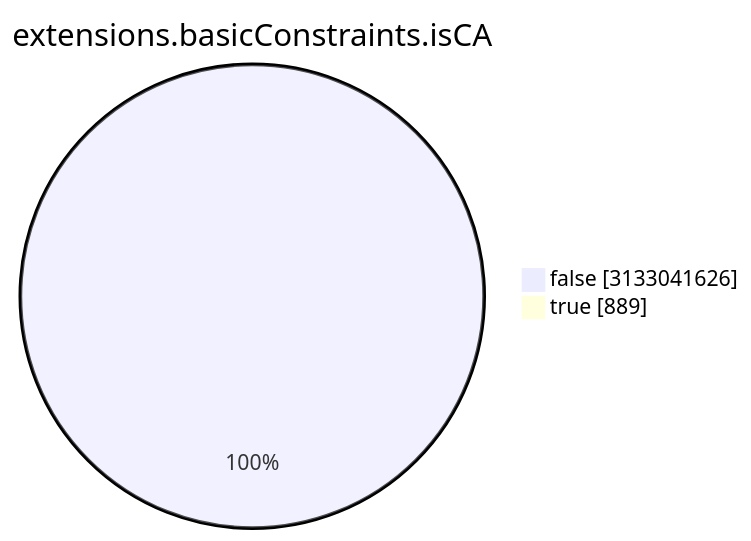
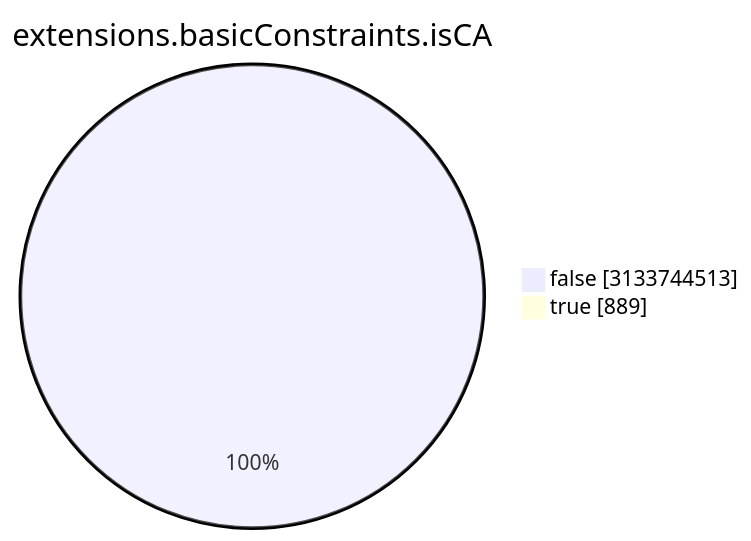
One commit to christiankrug/ctmonitor_visualization changed the seventh of 15 diagrams in TOTAL/README.md. Above: the diagram before and after it, drawn with Mermaid. The commit also changed other lines of this file, not shown here.

````diff
--- a/TOTAL/README.md
+++ b/TOTAL/README.md
@@ -3088,6 +3088,6 @@
 ```mermaid
 pie showData
 title extensions.basicConstraints.isCA
-"false" :3133041626
+"false" :3133744513
 "true" :889
 ```
````
